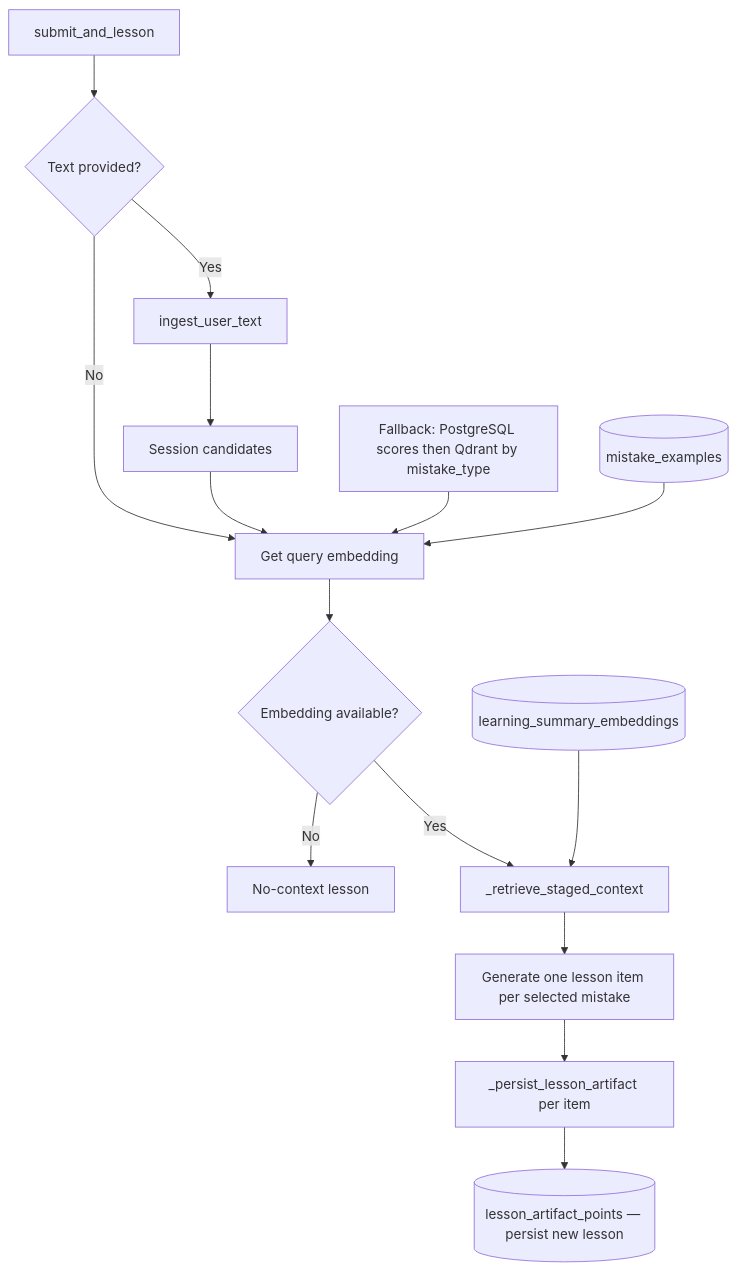
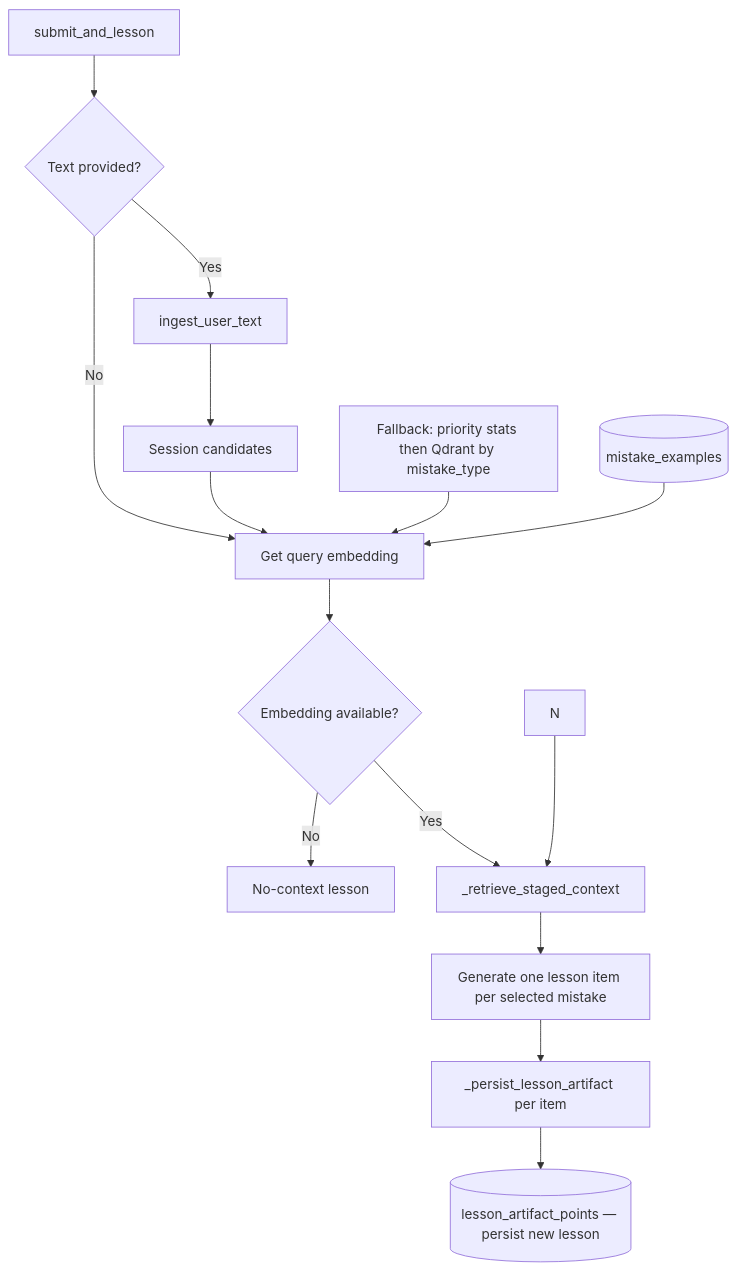
Before and after one commit to ali5p/lexory: the second of 2 diagrams in README.md, drawn with Mermaid. The commit also changed other lines of this file and 9 other files, not shown here.

````diff
--- a/README.md
+++ b/README.md
@@ -185,37 +183,36 @@
 ```mermaid
 flowchart TB
     A[submit_and_lesson]
     B{Text provided?}
     C[ingest_user_text]
     D[Get query embedding]
     E{Embedding available?}
     F[No-context lesson]
 
     G[_retrieve_staged_context]
     H[Generate one lesson item per selected mistake]
     I[_persist_lesson_artifact per item]
 
     J[Session candidates]
-    K[Fallback: PostgreSQL scores then Qdrant by mistake_type]
+    K[Fallback: priority stats then Qdrant by mistake_type]
     L[(mistake_examples)]
-    N[(learning_summary_embeddings)]
     O[(lesson_artifact_points — persist new lesson)]
 
     A --> B
     B -- Yes --> C
     B -- No --> D
     C --> J
     J --> D
     K --> D
     L --> D
 
     D --> E
     E -- No --> F
     E -- Yes --> G
 
     G --> H
     N --> G
 
     H --> I
     I --> O
 ```
````
